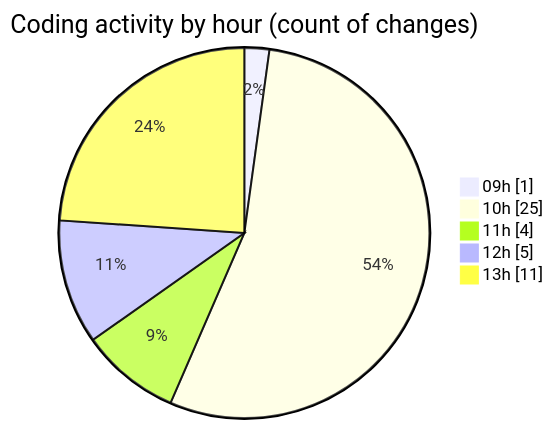
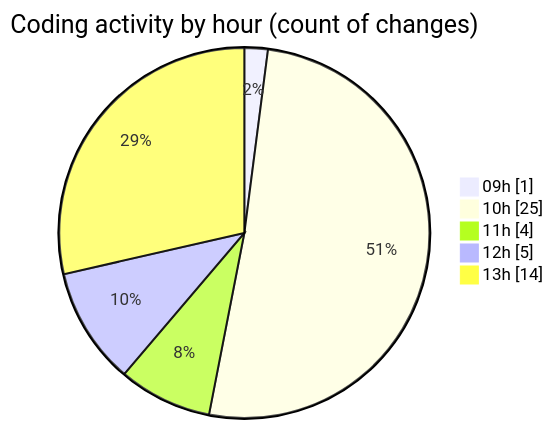
The second of 2 diagrams in 2025-11-17/eventscop-frontend-guide__workspace_/README.md (julien-gomy/code-tracking), drawn with Mermaid before and after one commit. The commit also changed other lines of this file and 1 other file, not shown here.

````diff
--- a/2025-11-17/eventscop-frontend-guide__workspace_/README.md
+++ b/2025-11-17/eventscop-frontend-guide__workspace_/README.md
@@ -47,9 +47,9 @@
 ```mermaid
 pie showData
 title Coding activity by hour (count of changes)
 "09h" : 1
 "10h" : 25
 "11h" : 4
 "12h" : 5
-"13h" : 11
+"13h" : 14
 ```
````
